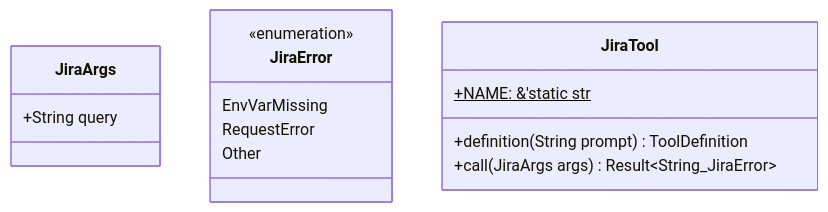
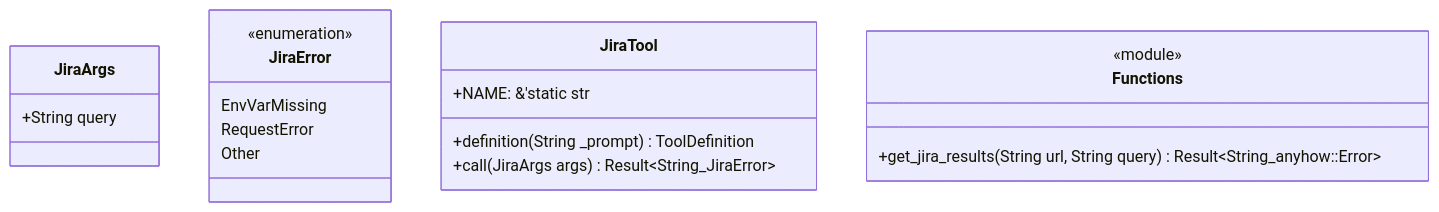
Before and after one commit to lgcorzo/fastapi-autogen-team: the first of 2 diagrams in .knowledge/src-infrastructure-tools-jira.md, drawn with Mermaid. The commit also changed other lines of this file and 10 other files, not shown here.

````diff
--- a/.knowledge/src-infrastructure-tools-jira.md
+++ b/.knowledge/src-infrastructure-tools-jira.md
@@ -18,19 +18,24 @@
 ```mermaid
 classDiagram
     class JiraArgs {
         +String query
     }
 
     class JiraError {
         <<enumeration>>
         EnvVarMissing
         RequestError
         Other
     }
 
     class JiraTool {
-        +NAME: &'static str$
-        +definition(String prompt) ToolDefinition
+        +NAME: &'static str
+        +definition(String _prompt) ToolDefinition
         +call(JiraArgs args) Result~String_JiraError~
     }
+
+    class Functions {
+        <<module>>
+        +get_jira_results(String url, String query) Result~String_anyhow::Error~
+    }
 ```
````
